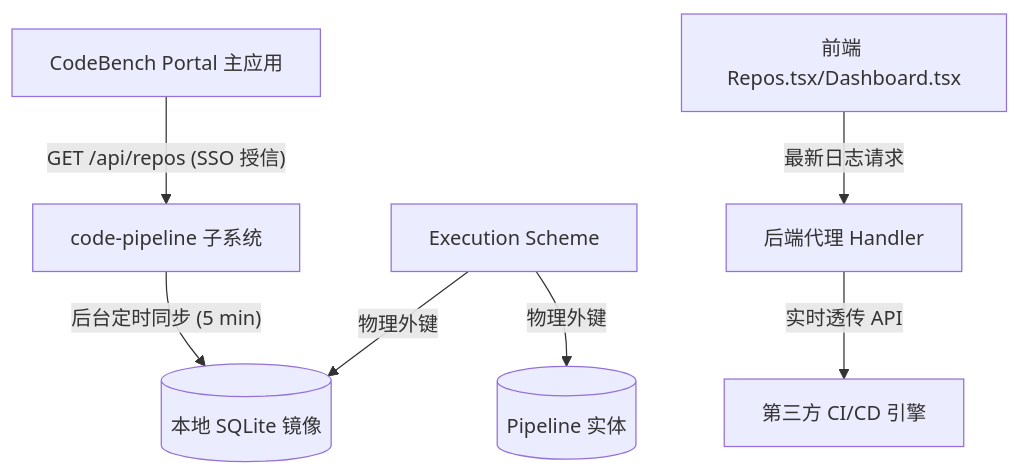
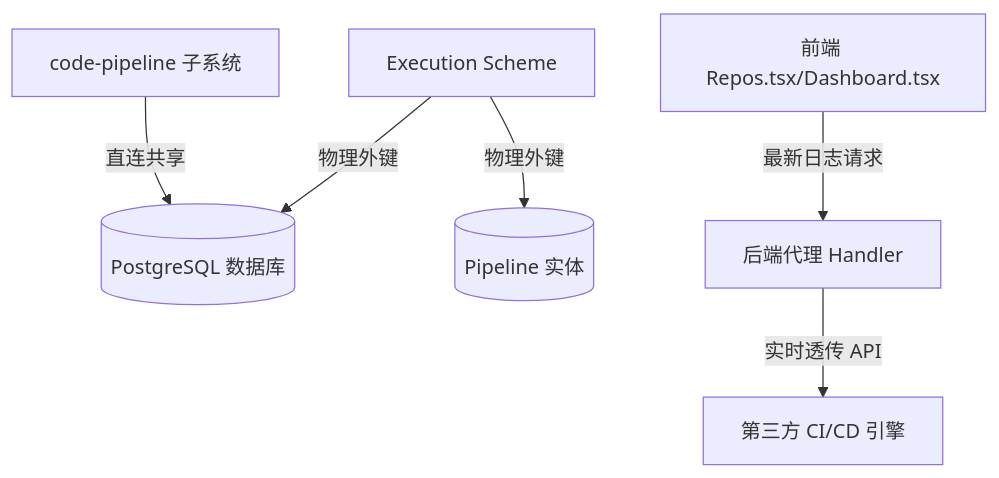
Before and after one commit to fugui/code-pipeline: the diagram in README.md, drawn with Mermaid. The commit also changed other lines of this file, not shown here.

Commit message:
docs: 更新 README.md 数据架构为 PostgreSQL 统一直连

````diff
--- a/README.md
+++ b/README.md
@@ -19,9 +19,8 @@
 ```mermaid
 graph TD
-    CB[CodeBench Portal 主应用] -- "GET /api/repos (SSO 授信)" --> CP[code-pipeline 子系统]
-    CP -- "后台定时同步 (5 min)" --> CP_DB[(本地 SQLite 镜像)]
-    ES[Execution Scheme] -->|物理外键| CP_DB
+    CP[code-pipeline 子系统] -- "直连共享" --> PG[(PostgreSQL 数据库)]
+    ES[Execution Scheme] -->|物理外键| PG
     ES -->|物理外键| PL[(Pipeline 实体)]
     CP_Web[前端 Repos.tsx/Dashboard.tsx] -- "最新日志请求" --> CP_API[后端代理 Handler]
     CP_API -- "实时透传 API" --> Remote_CI[第三方 CI/CD 引擎]
 ```
````
